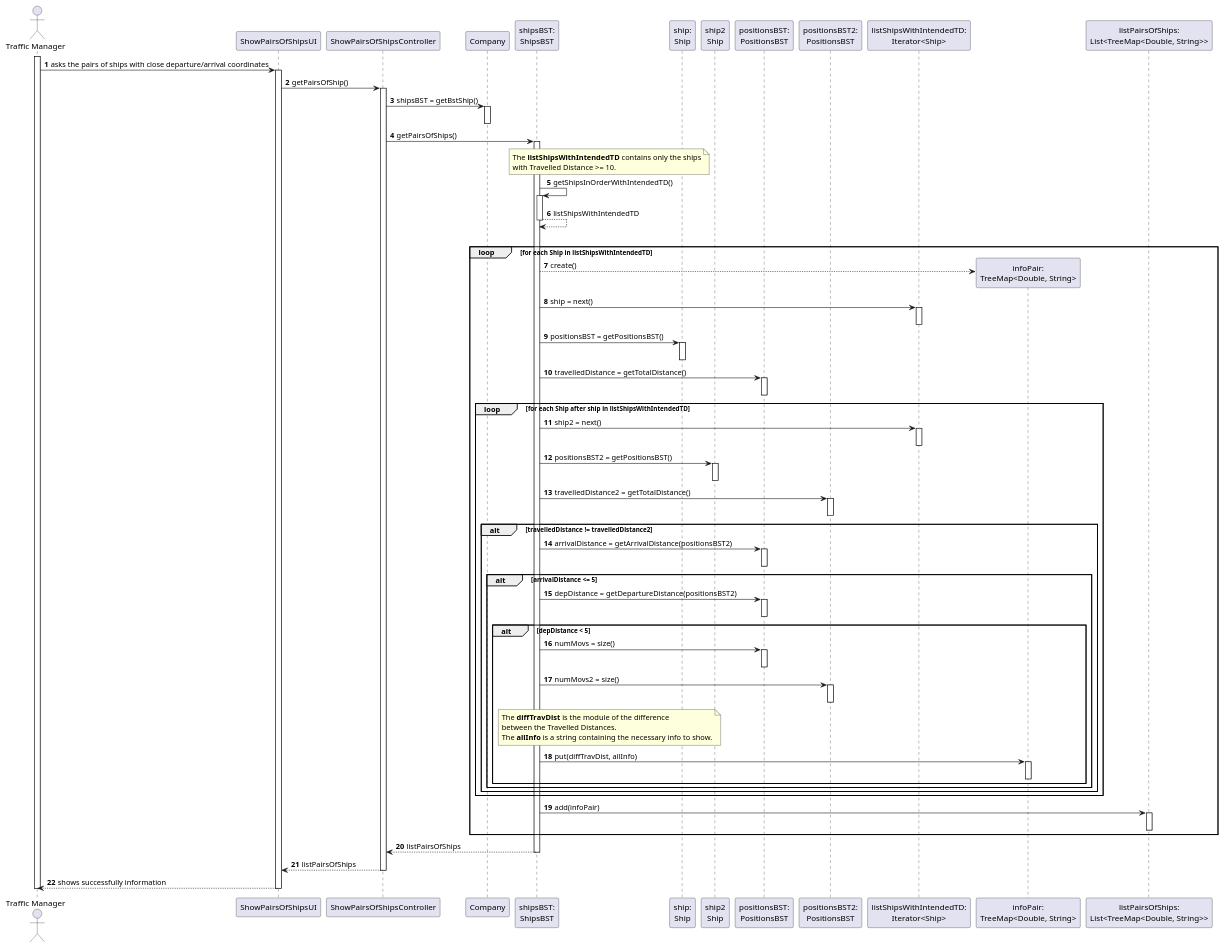
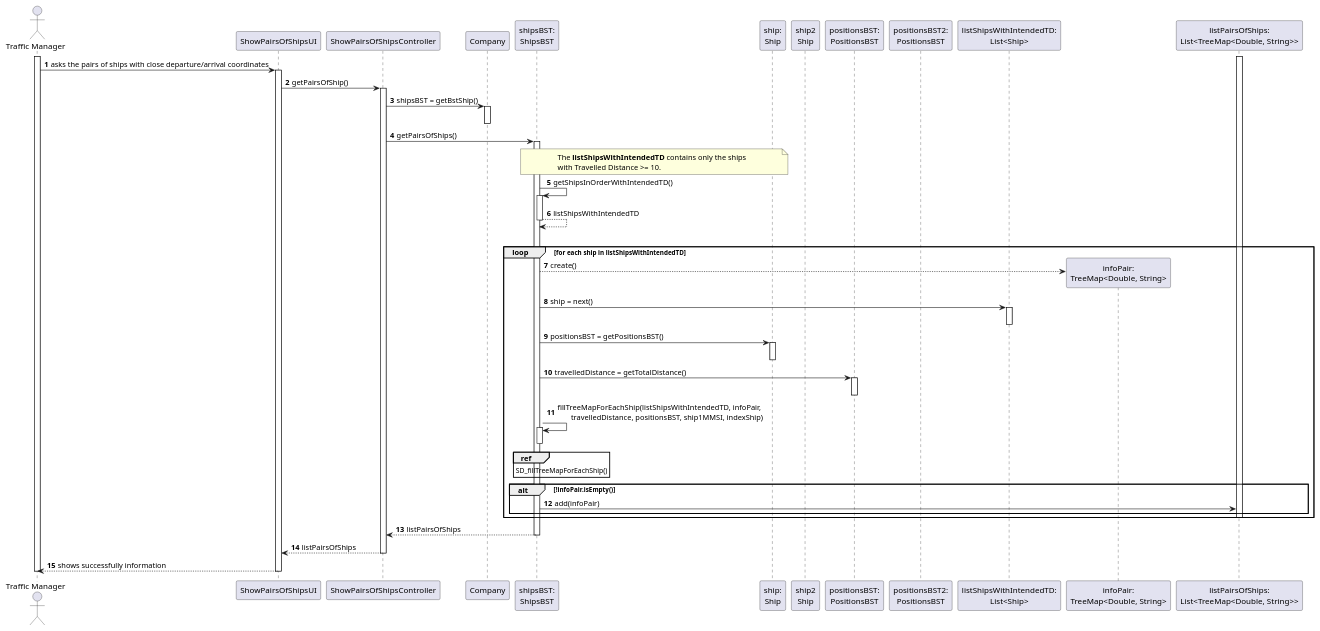
Before and after one commit to ana-albergaria/LAPR3-ISEP: the diagram in docs/US107/US107_SD.puml, drawn with PlantUML. The commit also changed 22 other files, not shown here.

Commit message:
G54-7 G54-39 G54-40 #comment Fixing SD Diagram and Adding Partial SD Diagram + Fixing bugs on Code + Test Cases

```diff
--- a/docs/US107/US107_SD.puml
+++ b/docs/US107/US107_SD.puml
@@ -1,152 +1,88 @@
 @startuml
 
 
 autonumber
 actor "Traffic Manager" as TM
 
 participant "ShowPairsOfShipsUI" as UI
 participant "ShowPairsOfShipsController" as CTRL
 participant "Company" as COMP
 participant "shipsBST:\nShipsBST" as BstShip
 participant "ship:\nShip" as S
 participant "ship2\nShip" as S2
 /'participant "ShipPosition" as SP'/
 participant "positionsBST:\nPositionsBST" as BstPosition
 participant "positionsBST2:\nPositionsBST" as BstPosition2
-participant "listShipsWithIntendedTD:\nIterator<Ship>" as ITERATOR
+participant "listShipsWithIntendedTD:\nList<Ship>" as ITERATOR
 participant "infoPair:\nTreeMap<Double, String>" as TREEMAP
 participant "listPairsOfShips:\nList<TreeMap<Double, String>>" as LIST
 
 
 activate TM
 TM -> "UI" : asks the pairs of ships with close departure/arrival coordinates
 activate "UI"
 UI -> CTRL : getPairsOfShip()
 activate CTRL
 CTRL -> COMP : shipsBST = getBstShip()
 activate COMP
 deactivate COMP
 CTRL -> BstShip : getPairsOfShips()
 /'decide what kind of list'/
 activate BstShip
 /'BstShip -> BstShip : listOfShips = inOrder() '/
 note over BstShip, S
 The **listShipsWithIntendedTD** contains only the ships
 with Travelled Distance >= 10.
 end note
 BstShip -> BstShip : getShipsInOrderWithIntendedTD()
 activate BstShip
 BstShip --> BstShip : listShipsWithIntendedTD
 deactivate BstShip
 |||
-loop for each Ship in listShipsWithIntendedTD
+loop for each ship in listShipsWithIntendedTD
 BstShip --> TREEMAP** : create()
 BstShip -> ITERATOR : ship = next()
 activate ITERATOR
 deactivate ITERATOR
 /'BstShip -> S : travelledDistance = getTravelledDistance()
 activate S
 deactivate S
 '/
 BstShip -> S : positionsBST = getPositionsBST()
 activate S
 deactivate S
 BstShip -> BstPosition : travelledDistance = getTotalDistance()
 activate BstPosition
 deactivate BstPosition
+BstShip -> BstShip : fillTreeMapForEachShip(listShipsWithIntendedTD, infoPair, \n       travelledDistance, positionsBST, ship1MMSI, indexShip)
+ref over BstShip
+SD_fillTreeMapForEachShip()
+end
+activate BstShip
+deactivate BstShip
 /'alteração alt em baixo: travelledDistance2 >= 10 em vez de > 10'/
 /'alt travelledDistance >= 10'/
-loop for each Ship after ship in listShipsWithIntendedTD
-BstShip -> ITERATOR : ship2 = next()
-activate ITERATOR
-deactivate ITERATOR
-BstShip -> S2 : positionsBST2 = getPositionsBST()
-activate S2
-deactivate S2
-BstShip -> BstPosition2 : travelledDistance2 = getTotalDistance()
-activate BstPosition2
-deactivate BstPosition2
-/'BstShip -> S2 : travelledDistance2 = getTravelledDistance()
-activate S2
-deactivate S2'/
-/'alteração alt em baixo: && travelledDistance2 >= 10'/
-/'alt travelledDistance != travelledDistance2 && travelledDistance2 >= 10'/
-alt travelledDistance != travelledDistance2
-/'BstShip -> BstPosition : arrivalLat = getArrivalLatitude()
-activate BstPosition
-deactivate BstPosition
-BstShip -> BstPosition : arrivalLog = getArrivalLongitude()
-activate BstPosition
-deactivate BstPosition
-BstShip -> BstPosition2 : arrivalLat2 = getArrivalLatitude()
-activate BstPosition2
-deactivate BstPosition2
-BstShip -> BstPosition2 : arrivalLog2 = getArrivalLongitude()
-activate BstPosition2
-deactivate BstPosition2
-BstShip -> BstPosition : arrivalDistance = distanceBetweenInKm(arrivalLat, arrivalLat2, arrivalLog, arrivalLog2)'/
-BstShip -> BstPosition : arrivalDistance = getArrivalDistance(positionsBST2)
-activate BstPosition
-deactivate BstPosition
-alt arrivalDistance <= 5
-/'BstShip -> BstPosition : depLat = getDeparLatitude()
-activate BstPosition
-deactivate BstPosition
-BstShip -> BstPosition : depLog = getDepartLongitude()
-activate BstPosition
-deactivate BstPosition
-BstShip -> BstPosition2 : depLat2 = getDepartLatitude()
-activate BstPosition2
-deactivate BstPosition2
-BstShip -> BstPosition2 : depLog2 = getDepartLongitude()
-activate BstPosition2
-deactivate BstPosition2
-BstShip -> BstPosition : depDistance = distanceBetweenInKm(depLat, depLat2, depLog, depLog2)
-activate BstPosition
-deactivate BstPosition'/
-BstShip -> BstPosition : depDistance = getDepartureDistance(positionsBST2)
-activate BstPosition
-deactivate BstPosition
-alt depDistance < 5
 
-BstShip -> BstPosition : numMovs = size()
-activate BstPosition
-deactivate BstPosition
-BstShip -> BstPosition2 : numMovs2 = size()
-activate BstPosition2
-deactivate BstPosition2
-
-note over BstShip, S
-The **diffTravDist** is the module of the difference
-between the Travelled Distances.
-The **allInfo** is a string containing the necessary info to show.
-end note
-
-BstShip -> TREEMAP : put(diffTravDist, allInfo)
-activate TREEMAP
-deactivate TREEMAP
+alt !infoPair.isEmpty()
+BstShip -> LIST : add(infoPair)
 end
-end
-end
-end
-BstShip -> LIST : add(infoPair)
 activate LIST
 deactivate LIST
 /'end'/
 end
 
 BstShip --> CTRL : listPairsOfShips
 deactivate BstShip
 CTRL --> UI : listPairsOfShips
 deactivate CTRL
 "UI" --> TM : shows successfully information
 
 deactivate "UI"
 
 
 
 
 
 deactivate TM
 
 @enduml
```
